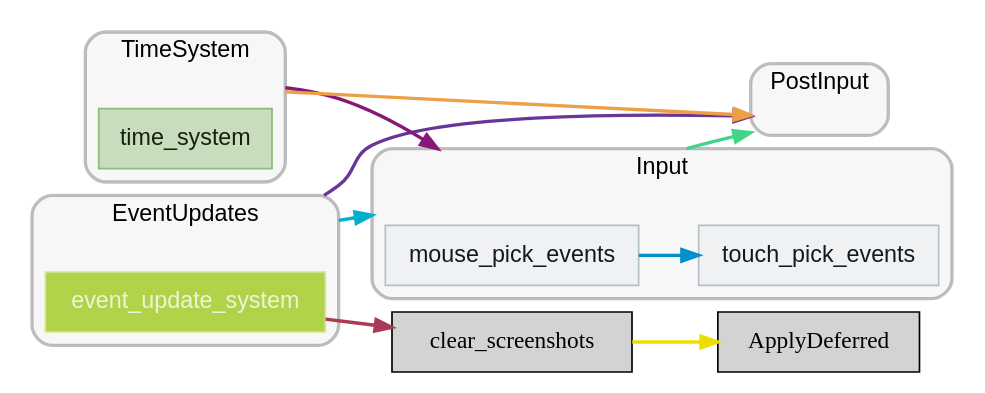
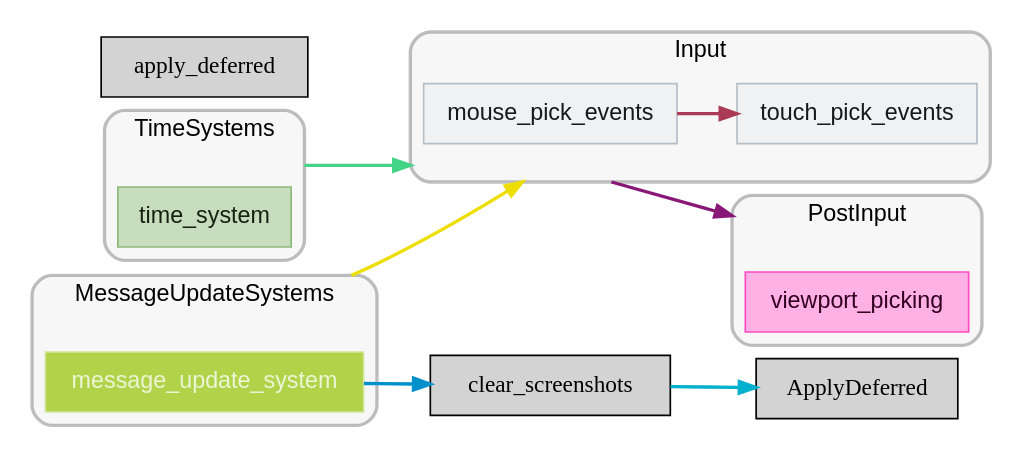
Before and after one commit to jakobhellermann/bevy_mod_debugdump: the diagram in docs/schedule/light/schedule_First.dot, drawn with Graphviz. The commit also changed 86 other files, not shown here.

```diff
--- a/docs/schedule/light/schedule_First.dot
+++ b/docs/schedule/light/schedule_First.dot
@@ -1,67 +1,67 @@
 digraph "" {
 	"compound"="true";
 	"splines"="spline";
 	"rankdir"="LR";
 	"bgcolor"="white";
 	"fontname"="Helvetica";
 	"nodesep"="0.15";
 	edge ["penwidth"="2"];
 	node ["shape"="box", "style"="filled"];
-	subgraph "clusternode_Set(1)" {
+	subgraph "clusternode_Set(SystemSetKey(2v1))" {
 		"style"="rounded,filled";
-		"label"="EventUpdates";
-		"tooltip"="EventUpdates";
+		"label"="MessageUpdateSystems";
+		"tooltip"="MessageUpdateSystems";
 		"fillcolor"="#00000008";
 		"fontcolor"="#000000";
 		"color"="#00000040";
 		"penwidth"="2";
-		"set_marker_node_Set(1)" ["style"="invis", "label"="", "shape"="point"]
-		"node_System(0)" ["label"="event_update_system", "tooltip"="bevy_ecs::event::update::event_update_system", "fillcolor"="#b0d34a", "fontname"="Helvetica", "fontcolor"="#edf5d5", "color"="#d3e69c", "penwidth"="1"]
+		"set_marker_node_Set(SystemSetKey(2v1))" ["style"="invis", "label"="", "shape"="point"]
+		"node_System(SystemKey(1v1))" ["label"="message_update_system", "tooltip"="bevy_ecs::message::update::message_update_system", "fillcolor"="#b0d34a", "fontname"="Helvetica", "fontcolor"="#edf5d5", "color"="#d3e69c", "penwidth"="1"]
 	}
 	
-	subgraph "clusternode_Set(3)" {
+	subgraph "clusternode_Set(SystemSetKey(4v1))" {
 		"style"="rounded,filled";
-		"label"="TimeSystem";
-		"tooltip"="TimeSystem";
+		"label"="TimeSystems";
+		"tooltip"="TimeSystems";
 		"fillcolor"="#00000008";
 		"fontcolor"="#000000";
 		"color"="#00000040";
 		"penwidth"="2";
-		"set_marker_node_Set(3)" ["style"="invis", "label"="", "shape"="point"]
-		"node_System(1)" ["label"="time_system", "tooltip"="bevy_time::time_system", "fillcolor"="#c7ddbd", "fontname"="Helvetica", "fontcolor"="#162111", "color"="#8dba79", "penwidth"="1"]
+		"set_marker_node_Set(SystemSetKey(4v1))" ["style"="invis", "label"="", "shape"="point"]
+		"node_System(SystemKey(2v1))" ["label"="time_system", "tooltip"="bevy_time::time_system", "fillcolor"="#c7ddbd", "fontname"="Helvetica", "fontcolor"="#162111", "color"="#8dba79", "penwidth"="1"]
 	}
 	
-	subgraph "clusternode_Set(7)" {
+	subgraph "clusternode_Set(SystemSetKey(8v1))" {
+		"style"="rounded,filled";
+		"label"="PostInput";
+		"tooltip"="PostInput";
+		"fillcolor"="#00000008";
+		"fontcolor"="#000000";
+		"color"="#00000040";
+		"penwidth"="2";
+		"set_marker_node_Set(SystemSetKey(8v1))" ["style"="invis", "label"="", "shape"="point"]
+		"node_System(SystemKey(4v1))" ["label"="viewport_picking", "tooltip"="bevy_ui::widget::viewport::viewport_picking", "fillcolor"="#ffb1e5", "fontname"="Helvetica", "fontcolor"="#320021", "color"="#ff4bc2", "penwidth"="1"]
+	}
+	
+	subgraph "clusternode_Set(SystemSetKey(10v1))" {
 		"style"="rounded,filled";
 		"label"="Input";
 		"tooltip"="Input";
 		"fillcolor"="#00000008";
 		"fontcolor"="#000000";
 		"color"="#00000040";
 		"penwidth"="2";
-		"set_marker_node_Set(7)" ["style"="invis", "label"="", "shape"="point"]
-		"node_System(3)" ["label"="mouse_pick_events", "tooltip"="bevy_picking::input::mouse_pick_events", "fillcolor"="#eff1f3", "fontname"="Helvetica", "fontcolor"="#15191d", "color"="#b4bec7", "penwidth"="1"]
-		"node_System(4)" ["label"="touch_pick_events", "tooltip"="bevy_picking::input::touch_pick_events", "fillcolor"="#eff1f3", "fontname"="Helvetica", "fontcolor"="#15191d", "color"="#b4bec7", "penwidth"="1"]
+		"set_marker_node_Set(SystemSetKey(10v1))" ["style"="invis", "label"="", "shape"="point"]
+		"node_System(SystemKey(5v1))" ["label"="mouse_pick_events", "tooltip"="bevy_picking::input::mouse_pick_events", "fillcolor"="#eff1f3", "fontname"="Helvetica", "fontcolor"="#15191d", "color"="#b4bec7", "penwidth"="1"]
+		"node_System(SystemKey(6v1))" ["label"="touch_pick_events", "tooltip"="bevy_picking::input::touch_pick_events", "fillcolor"="#eff1f3", "fontname"="Helvetica", "fontcolor"="#15191d", "color"="#b4bec7", "penwidth"="1"]
 	}
 	
-	subgraph "clusternode_Set(9)" {
-		"style"="rounded,filled";
-		"label"="PostInput";
-		"tooltip"="PostInput";
-		"fillcolor"="#00000008";
-		"fontcolor"="#000000";
-		"color"="#00000040";
-		"penwidth"="2";
-		"set_marker_node_Set(9)" ["style"="invis", "label"="", "shape"="point"]
-	}
-	
-	"node_System(2)" ["label"="clear_screenshots", "tooltip"="bevy_render::view::window::screenshot::clear_screenshots"]
-	"node_System(2)" -> "ApplyDeferred" ["lhead"="", "ltail"="", "tooltip"="clear_screenshots → SystemTypeSet(fn bevy_ecs::schedule::executor::ApplyDeferred())", "color"="#eede00"]
-	"set_marker_node_Set(3)" -> "set_marker_node_Set(7)" ["lhead"="clusternode_Set(7)", "ltail"="clusternode_Set(3)", "tooltip"="TimeSystem → Input", "color"="#881877"]
-	"set_marker_node_Set(1)" -> "set_marker_node_Set(7)" ["lhead"="clusternode_Set(7)", "ltail"="clusternode_Set(1)", "tooltip"="EventUpdates → Input", "color"="#00b0cc"]
-	"node_System(0)" -> "node_System(2)" ["lhead"="", "ltail"="", "tooltip"="SystemTypeSet(fn bevy_ecs::system::exclusive_function_system::ExclusiveFunctionSystem<fn(bevy_ecs::system::system_param::Local<bevy_ecs::component::Tick>), bevy_ecs::event::update::event_update_system>()) → clear_screenshots", "color"="#aa3a55"]
-	"set_marker_node_Set(7)" -> "set_marker_node_Set(9)" ["lhead"="clusternode_Set(9)", "ltail"="clusternode_Set(7)", "tooltip"="Input → PostInput", "color"="#44d488"]
-	"node_System(3)" -> "node_System(4)" ["lhead"="", "ltail"="", "tooltip"="mouse_pick_events → touch_pick_events", "color"="#0090cc"]
-	"set_marker_node_Set(3)" -> "set_marker_node_Set(9)" ["lhead"="clusternode_Set(9)", "ltail"="clusternode_Set(3)", "tooltip"="TimeSystem → PostInput", "color"="#ee9e44"]
-	"set_marker_node_Set(1)" -> "set_marker_node_Set(9)" ["lhead"="clusternode_Set(9)", "ltail"="clusternode_Set(1)", "tooltip"="EventUpdates → PostInput", "color"="#663699"]
+	"node_System(SystemKey(3v1))" ["label"="clear_screenshots", "tooltip"="bevy_render::view::window::screenshot::clear_screenshots"]
+	"node_System(SystemKey(7v1))" ["label"="apply_deferred", "tooltip"="bevy_ecs::apply_deferred"]
+	"set_marker_node_Set(SystemSetKey(2v1))" -> "set_marker_node_Set(SystemSetKey(10v1))" ["lhead"="clusternode_Set(SystemSetKey(10v1))", "ltail"="clusternode_Set(SystemSetKey(2v1))", "tooltip"="MessageUpdateSystems → Input", "color"="#eede00"]
+	"set_marker_node_Set(SystemSetKey(10v1))" -> "set_marker_node_Set(SystemSetKey(8v1))" ["lhead"="clusternode_Set(SystemSetKey(8v1))", "ltail"="clusternode_Set(SystemSetKey(10v1))", "tooltip"="Input → PostInput", "color"="#881877"]
+	"node_System(SystemKey(3v1))" -> "ApplyDeferred" ["lhead"="", "ltail"="", "tooltip"="clear_screenshots → SystemTypeSet(fn bevy_ecs::schedule::executor::ApplyDeferred())", "color"="#00b0cc"]
+	"node_System(SystemKey(5v1))" -> "node_System(SystemKey(6v1))" ["lhead"="", "ltail"="", "tooltip"="mouse_pick_events → touch_pick_events", "color"="#aa3a55"]
+	"set_marker_node_Set(SystemSetKey(4v1))" -> "set_marker_node_Set(SystemSetKey(10v1))" ["lhead"="clusternode_Set(SystemSetKey(10v1))", "ltail"="clusternode_Set(SystemSetKey(4v1))", "tooltip"="TimeSystems → Input", "color"="#44d488"]
+	"node_System(SystemKey(1v1))" -> "node_System(SystemKey(3v1))" ["lhead"="", "ltail"="", "tooltip"="SystemTypeSet(fn bevy_ecs::system::exclusive_function_system::ExclusiveFunctionSystem<fn(bevy_ecs::system::system_param::Local<'_, bevy_ecs::component::tick::Tick>), (), bevy_ecs::message::update::message_update_system>()) → clear_screenshots", "color"="#0090cc"]
 }
```
